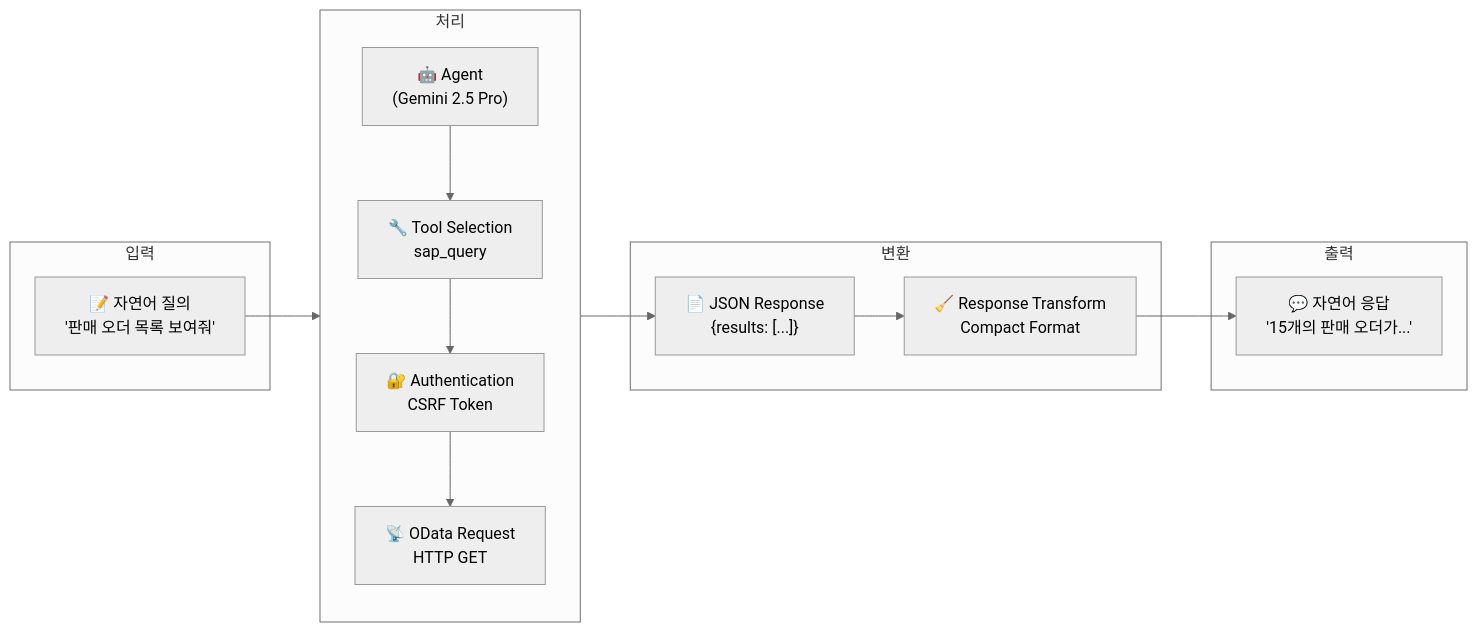
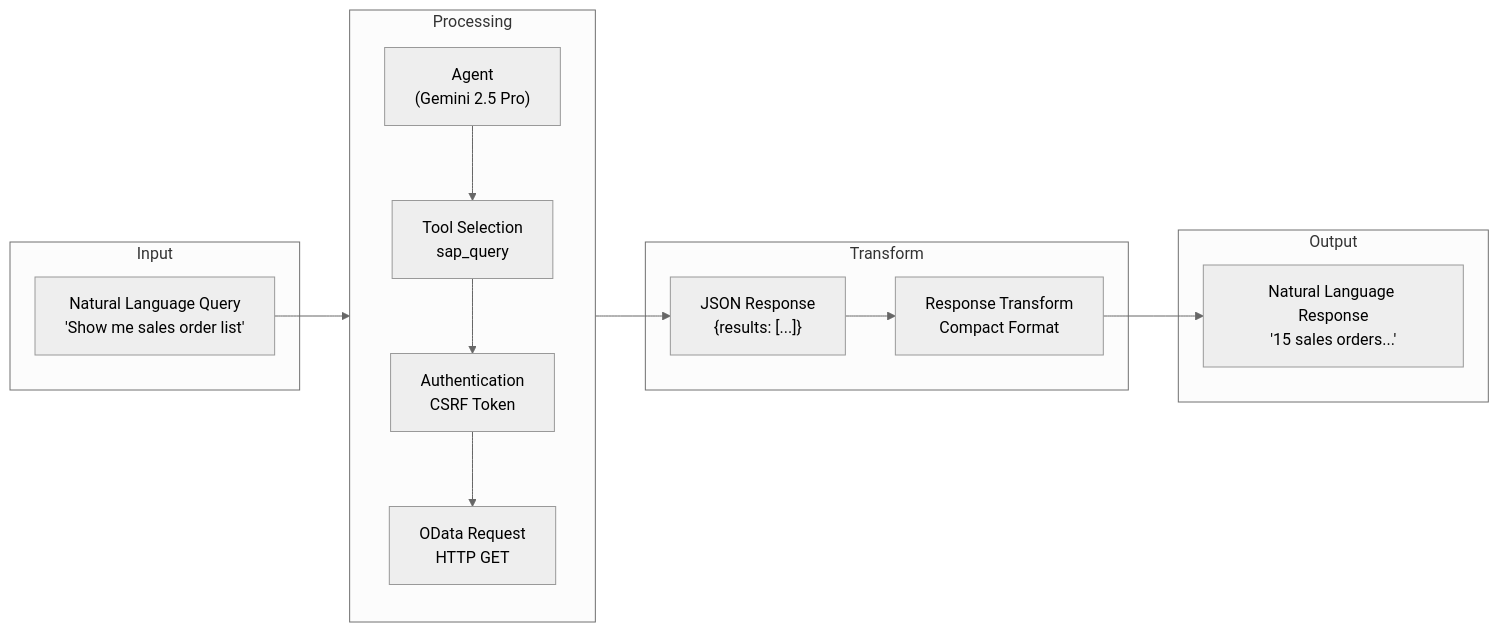
One commit to midasol/sap-adk-agent changed the eighth of 9 diagrams in README.md. Above: the diagram before and after it, drawn with Mermaid (neutral theme). The commit also changed other lines of this file and 5 other files, not shown here.

````diff
--- a/README.md
+++ b/README.md
@@ -421,25 +421,25 @@
 ```mermaid
 flowchart LR
-    subgraph Input["입력"]
-        NL["📝 자연어 질의<br/>'판매 오더 목록 보여줘'"]
+    subgraph Input["Input"]
+        NL["Natural Language Query<br/>'Show me sales order list'"]
     end
 
-    subgraph Processing["처리"]
+    subgraph Processing["Processing"]
         direction TB
-        Agent["🤖 Agent<br/>(Gemini 2.5 Pro)"]
-        Tool["🔧 Tool Selection<br/>sap_query"]
-        Auth["🔐 Authentication<br/>CSRF Token"]
-        OData["📡 OData Request<br/>HTTP GET"]
+        Agent["Agent<br/>(Gemini 2.5 Pro)"]
+        Tool["Tool Selection<br/>sap_query"]
+        Auth["Authentication<br/>CSRF Token"]
+        OData["OData Request<br/>HTTP GET"]
     end
 
-    subgraph Transform["변환"]
-        JSON["📄 JSON Response<br/>{results: [...]}"]
-        Clean["🧹 Response Transform<br/>Compact Format"]
+    subgraph Transform["Transform"]
+        JSON["JSON Response<br/>{results: [...]}"]
+        Clean["Response Transform<br/>Compact Format"]
     end
 
-    subgraph Output["출력"]
-        NLR["💬 자연어 응답<br/>'15개의 판매 오더가...'"]
+    subgraph Output["Output"]
+        NLR["Natural Language Response<br/>'15 sales orders...'"]
     end
 
     NL --> Agent --> Tool --> Auth --> OData --> JSON --> Clean --> NLR
 ```
````
